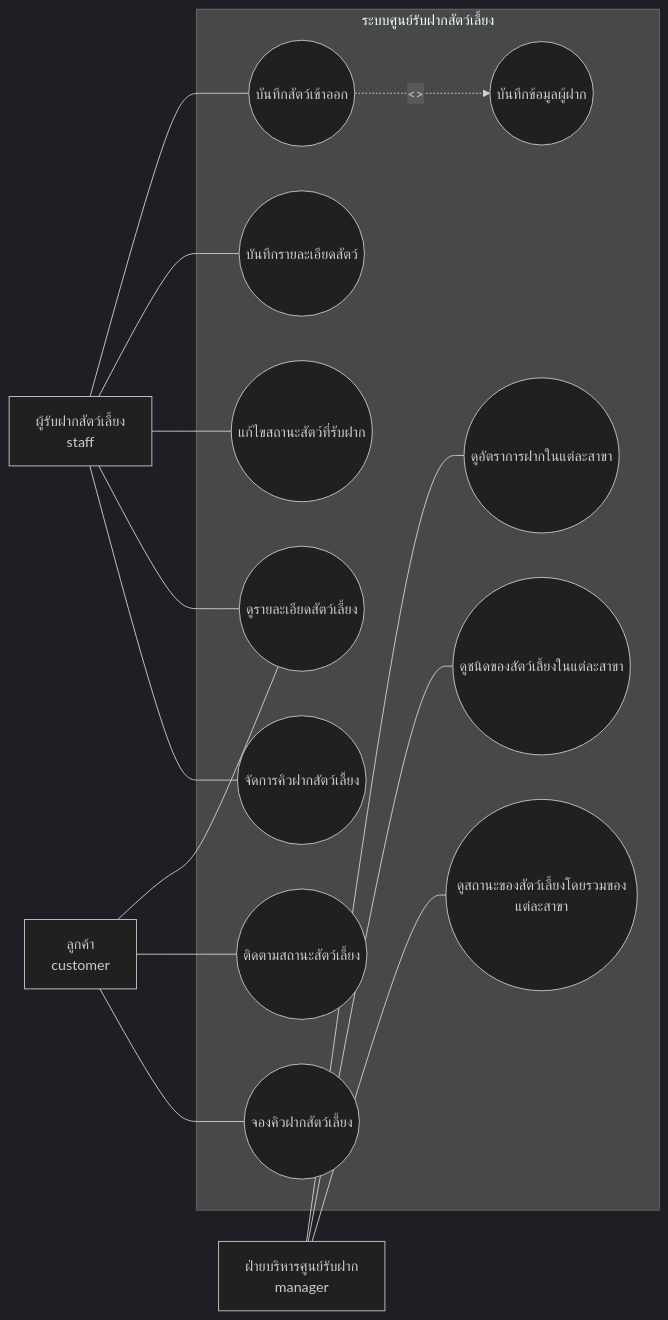
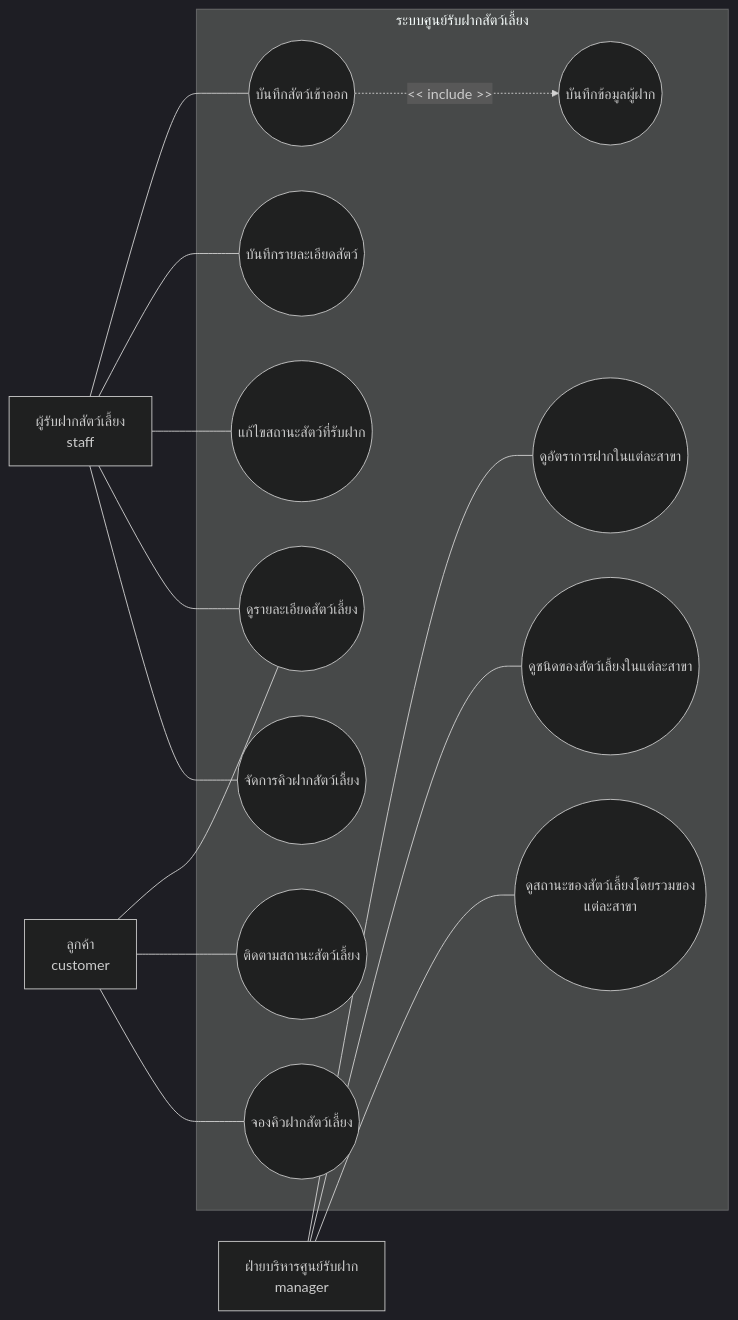
The diagram in backend/USECASE_DIAGRAM.md (Rawitath/WanNiFakPrungNiLeaum), drawn with Mermaid (dark theme) before and after one commit.

````diff
--- a/backend/USECASE_DIAGRAM.md
+++ b/backend/USECASE_DIAGRAM.md
@@ -2,41 +2,41 @@
 ```mermaid
 graph LR
     %% Actors
     Customer[ลูกค้า<br/>customer]
     Staff[ผู้รับฝากสัตว์เลี้ยง<br/>staff]
     Manager[ฝ่ายบริหารศูนย์รับฝาก<br/>manager]
 
     subgraph System ["ระบบศูนย์รับฝากสัตว์เลี้ยง"]
         UC1((บันทึกข้อมูลผู้ฝาก))
         UC2((บันทึกสัตว์เข้าออก))
         UC3((บันทึกรายละเอียดสัตว์))
         UC4((แก้ไขสถานะสัตว์ที่รับฝาก))
         UC5((ดูรายละเอียดสัตว์เลี้ยง))
         UC6((ติดตามสถานะสัตว์เลี้ยง))
         UC7((จองคิวฝากสัตว์เลี้ยง))
         UC8((จัดการคิวฝากสัตว์เลี้ยง))
         UC9((ดูอัตราการฝากในแต่ละสาขา))
         UC10((ดูชนิดของสัตว์เลี้ยงในแต่ละสาขา))
         UC11((ดูสถานะของสัตว์เลี้ยงโดยรวมของแต่ละสาขา))
     end
 
     %% Relationships - Customer
     Customer --- UC5
     Customer --- UC6
     Customer --- UC7
 
     %% Relationships - Staff
     Staff --- UC2
     Staff --- UC3
     Staff --- UC4
     Staff --- UC5
     Staff --- UC8
 
     %% Relationships - Manager
     Manager --- UC9
     Manager --- UC10
     Manager --- UC11
 
     %% Include Relationship
-    UC2 -. "<<include>>" .-> UC1
+    UC2 -. "<< include >>" .-> UC1
 ```
````
